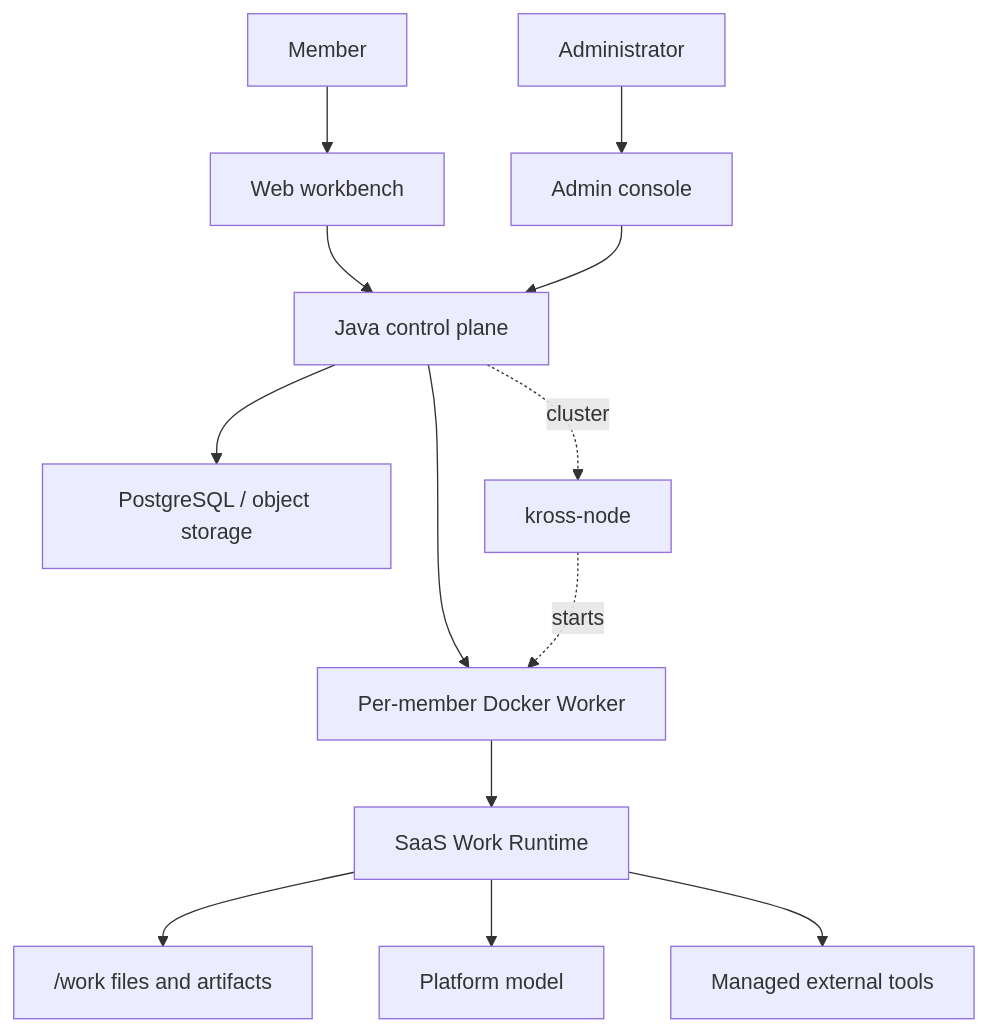
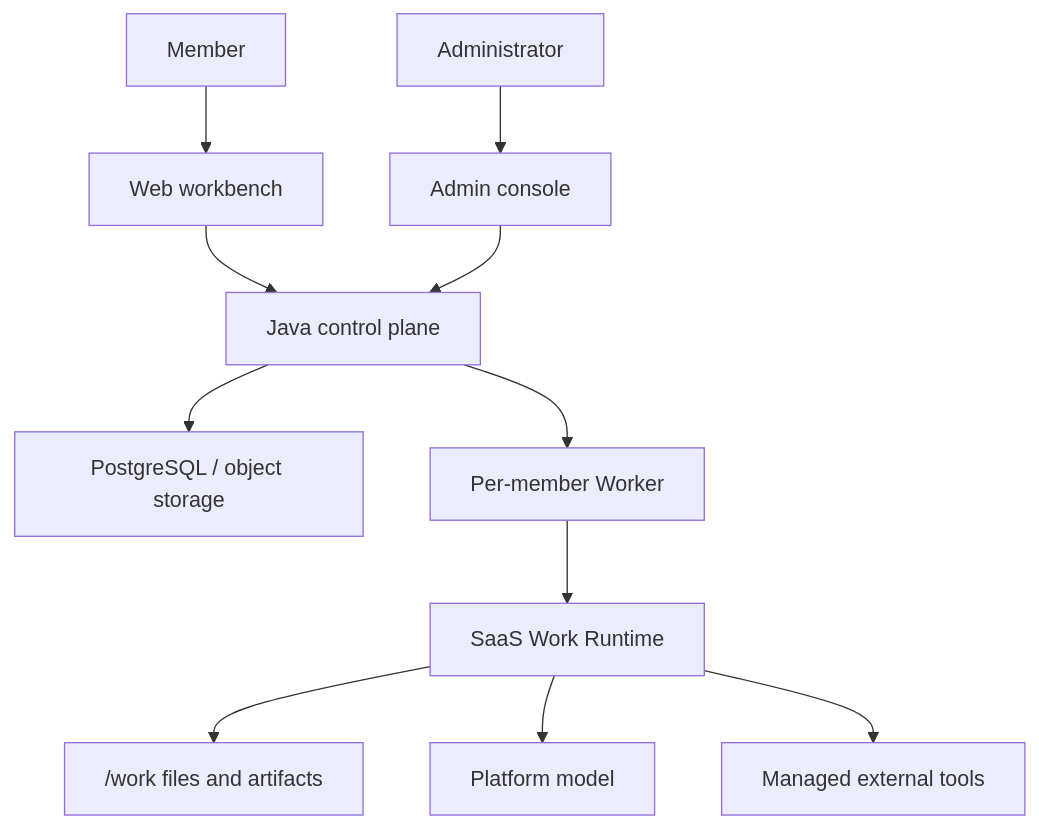
Before and after one commit to zzc-101/Kross: the diagram in README.md, drawn with Mermaid. The commit also changed other lines of this file and 82 other files, not shown here.

````diff
--- a/README.md
+++ b/README.md
@@ -53,15 +53,13 @@
 ```mermaid
 flowchart TB
     U["Member"] --> WEB["Web workbench"]
     A["Administrator"] --> ADMIN["Admin console"]
     WEB --> CP["Java control plane"]
     ADMIN --> CP
     CP --> DB["PostgreSQL / object storage"]
-    CP --> W["Per-member Docker Worker"]
-    CP -. cluster .-> N["kross-node"]
-    N -. starts .-> W
+    CP --> W["Per-member Worker"]
     W --> R["SaaS Work Runtime"]
     R --> FS["/work files and artifacts"]
     R --> LLM["Platform model"]
     R --> EXT["Managed external tools"]
 ```
````
